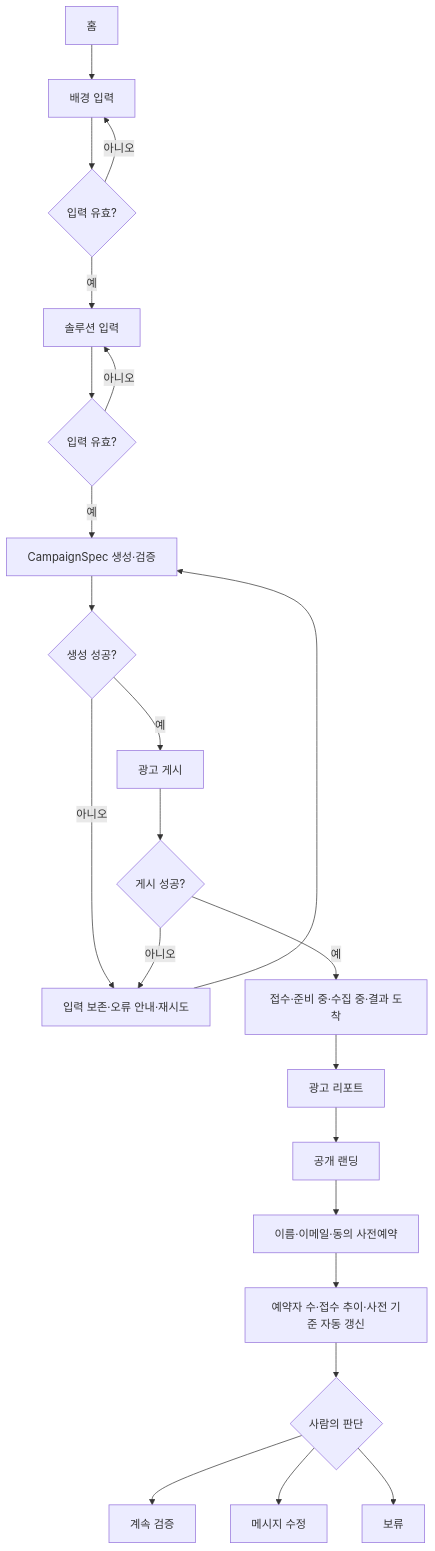
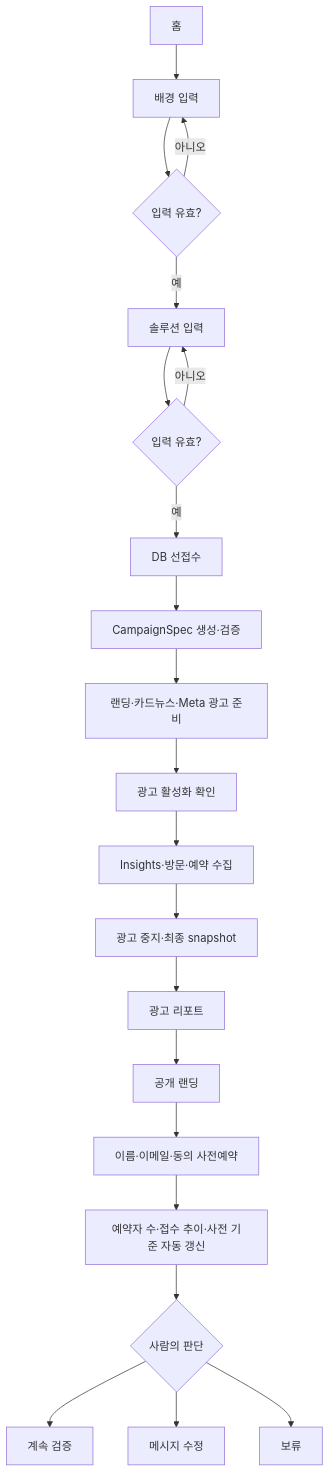
One commit to unithon26/marketvalley changed the diagram in docs/user-flow-and-wireframes.md. Above: the diagram before and after it, drawn with Mermaid. The commit also changed other lines of this file and 26 other files, not shown here.

````diff
--- a/docs/user-flow-and-wireframes.md
+++ b/docs/user-flow-and-wireframes.md
@@ -38,25 +39,23 @@
 ```mermaid
 flowchart TD
     A[홈] --> B[배경 입력]
     B --> C{입력 유효?}
     C -- 아니오 --> B
     C -- 예 --> D[솔루션 입력]
     D --> E{입력 유효?}
     E -- 아니오 --> D
-    E -- 예 --> F[CampaignSpec 생성·검증]
-    F --> G{생성 성공?}
-    G -- 아니오 --> H[입력 보존·오류 안내·재시도]
-    H --> F
-    G -- 예 --> I[광고 게시]
-    I --> J{게시 성공?}
-    J -- 아니오 --> H
-    J -- 예 --> K[접수·준비 중·수집 중·결과 도착]
+    E -- 예 --> F[DB 선접수]
+    F --> G[CampaignSpec 생성·검증]
+    G --> H[랜딩·카드뉴스·Meta 광고 준비]
+    H --> I[광고 활성화 확인]
+    I --> J[Insights·방문·예약 수집]
+    J --> K[광고 중지·최종 snapshot]
     K --> L[광고 리포트]
     L --> M[공개 랜딩]
     M --> N[이름·이메일·동의 사전예약]
     N --> O[예약자 수·접수 추이·사전 기준 자동 갱신]
     O --> P{사람의 판단}
     P --> Q[계속 검증]
     P --> R[메시지 수정]
     P --> S[보류]
 ```
````
